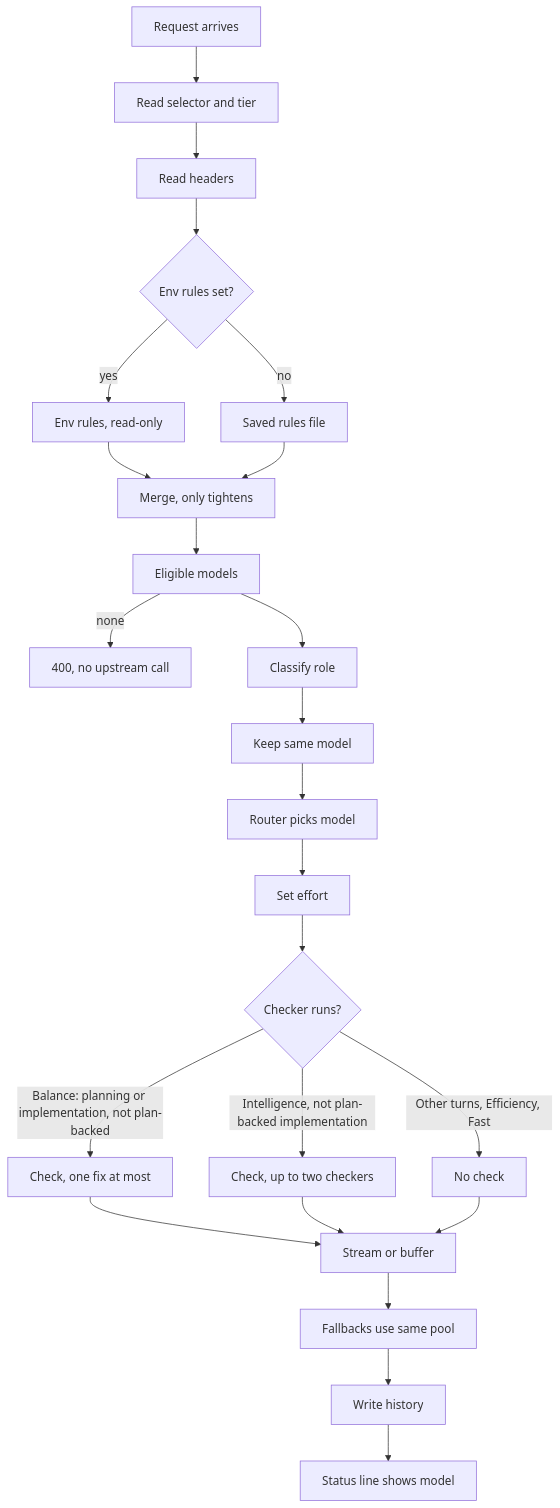
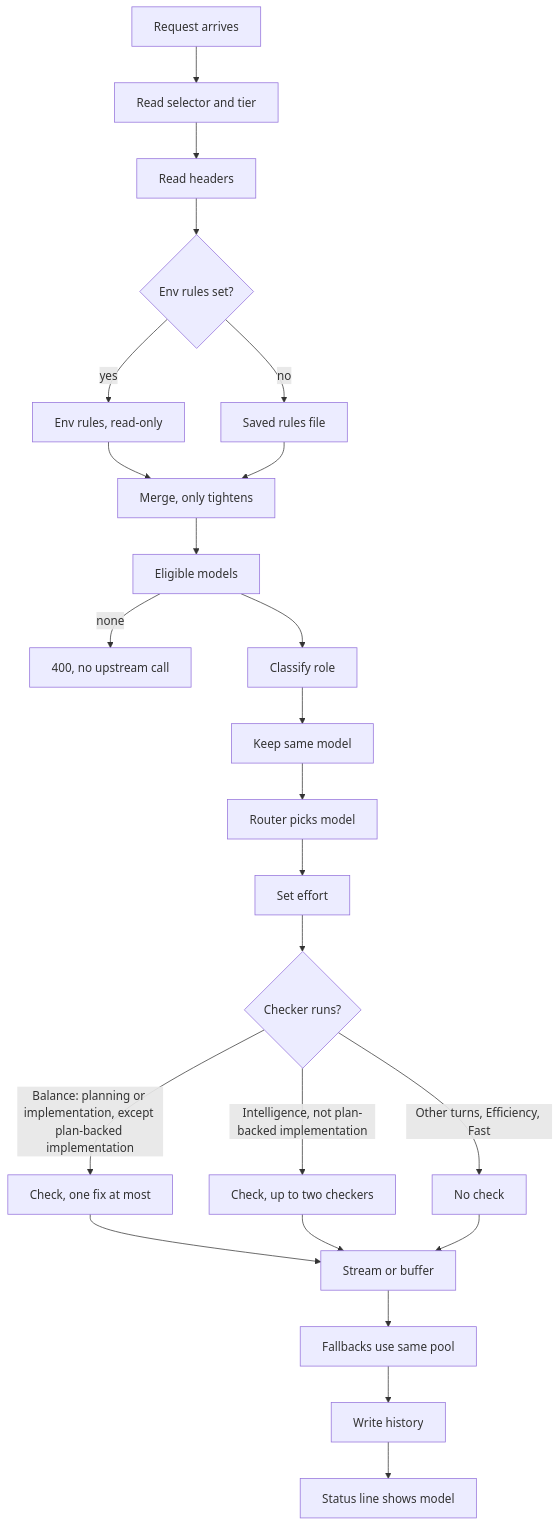
One commit to barnuri/llm-hub changed the diagram in docs/smart-auto.md. Above: the diagram before and after it, drawn with Mermaid. The commit also changed 1 other file, not shown here.

Commit message:
Correct the buffering wording to match the code
- Balance buffers planning and implementation except plan-backed implementation; the doc flowchart says the same

````diff
--- a/docs/smart-auto.md
+++ b/docs/smart-auto.md
@@ -39,26 +39,26 @@
 ```mermaid
 flowchart TD
     A["Request arrives"] --> B["Read selector and tier"]
     B --> C["Read headers"]
     C --> D{"Env rules set?"}
     D -->|yes| E["Env rules, read-only"]
     D -->|no| F["Saved rules file"]
     E --> G["Merge, only tightens"]
     F --> G
     G --> H["Eligible models"]
     H -->|none| Z["400, no upstream call"]
     H --> I["Classify role"]
     I --> J["Keep same model"]
     J --> K["Router picks model"]
     K --> L["Set effort"]
     L --> M{"Checker runs?"}
-    M -->|"Balance: planning or implementation, not plan-backed"| N["Check, one fix at most"]
+    M -->|"Balance: planning or implementation, except plan-backed implementation"| N["Check, one fix at most"]
     M -->|"Intelligence, not plan-backed implementation"| O["Check, up to two checkers"]
     M -->|"Other turns, Efficiency, Fast"| P["No check"]
     N --> Q["Stream or buffer"]
     O --> Q
     P --> Q
     Q --> R["Fallbacks use same pool"]
     R --> S["Write history"]
     S --> T["Status line shows model"]
 ```
````
